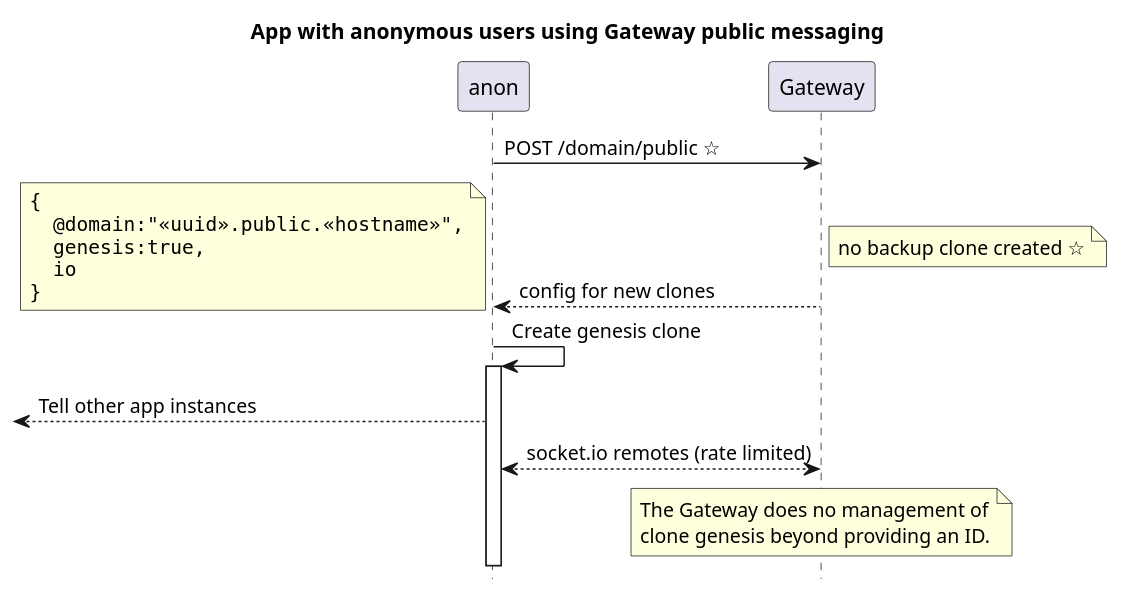
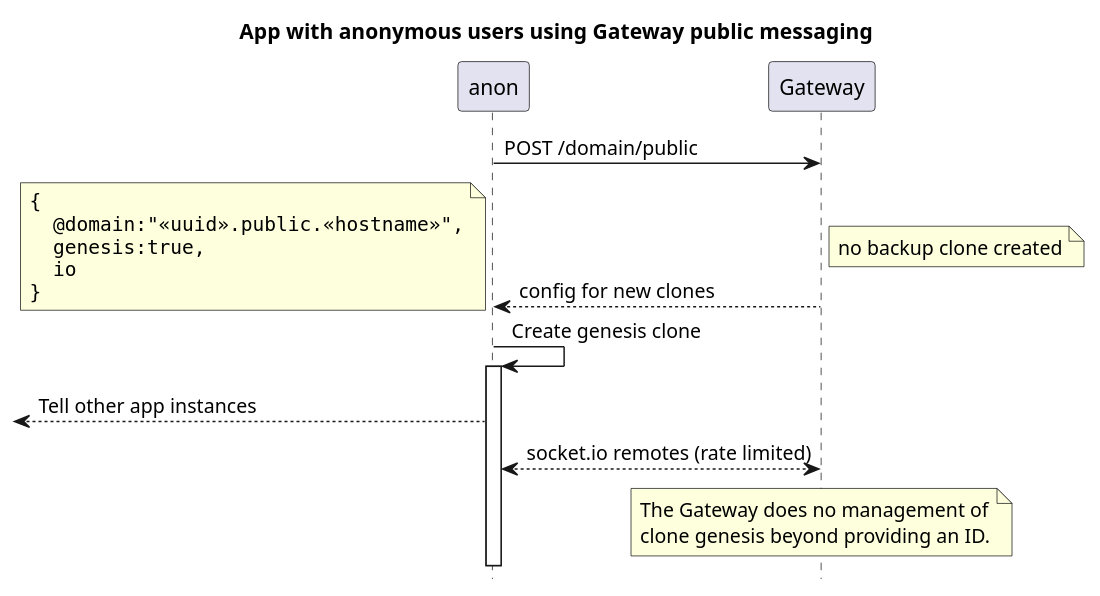
The diagram in architecture/api/domain/public.seq.puml (m-ld/m-ld-gateway), drawn with PlantUML before and after one commit. The commit also changed 26 other files, not shown here.

```diff
--- a/architecture/api/domain/public.seq.puml
+++ b/architecture/api/domain/public.seq.puml
@@ -1,28 +1,28 @@
 @startuml
 'https://plantuml.com/sequence-diagram
 hide footbox
 
 title App with anonymous users using Gateway public messaging
 
-anon -> Gateway: POST /domain/public ☆
+anon -> Gateway: POST /domain/public
 return config for new clones
 note left
 <code>
 {
   @domain:"<<uuid>>.public.<<hostname>>",
   genesis:true,
   io
 }
 </code>
 end note
-note right: no backup clone created ☆
+note right: no backup clone created
 anon -> anon ++: Create genesis clone
 <-- anon: Tell other app instances
 anon <--> Gateway: socket.io remotes (rate limited)
 
 note over Gateway
 The Gateway does no management of
 clone genesis beyond providing an ID.
 end note
 
 @enduml
```
